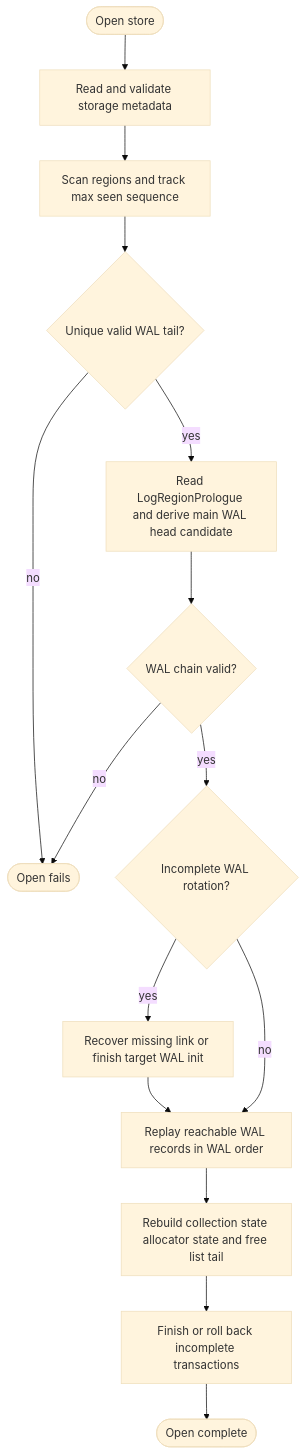
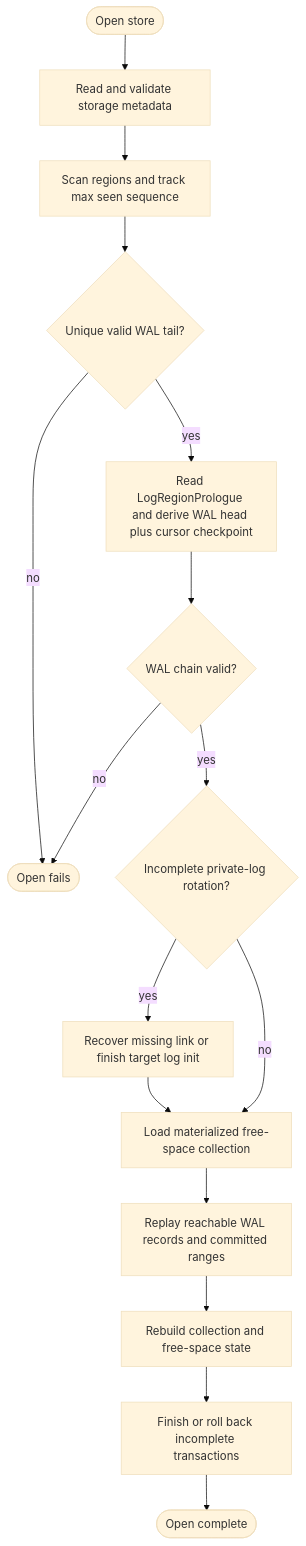
The diagram in spec/ring/06-startup-replay.md (moore/borromean), drawn with Mermaid (base theme) before and after one commit. The commit also changed other lines of this file and 10 other files, not shown here.

Commit message:
update free region tracking

````diff
--- a/spec/ring/06-startup-replay.md
+++ b/spec/ring/06-startup-replay.md
@@ -400,26 +380,27 @@
 ```mermaid
 %%{init: {"flowchart": {"wrappingWidth": 180}} }%%
 flowchart TD
     OpenStore([Open store])
     ReadMeta["`Read and validate storage metadata`"]
     ScanRegions["`Scan regions and track max seen sequence`"]
     TailOk{"`Unique valid WAL tail?`"}
     Fail([Open fails])
-    ReadHead["`Read LogRegionPrologue and derive main WAL head candidate`"]
+    ReadHead["`Read LogRegionPrologue and derive WAL head plus cursor checkpoint`"]
     ChainOk{"`WAL chain valid?`"}
-    Rotate{"`Incomplete WAL rotation?`"}
-    RecoverRotate["`Recover missing link or finish target WAL init`"]
-    Replay["`Replay reachable WAL records in WAL order`"]
-    Rebuild["`Rebuild collection state allocator state and free list tail`"]
+    Rotate{"`Incomplete private-log rotation?`"}
+    RecoverRotate["`Recover missing link or finish target log init`"]
+    ReadFree["`Load materialized free-space collection`"]
+    Replay["`Replay reachable WAL records and committed ranges`"]
+    Rebuild["`Rebuild collection and free-space state`"]
     FinishTransactions["`Finish or roll back incomplete transactions`"]
     OpenReady([Open complete])
 
     OpenStore --> ReadMeta --> ScanRegions --> TailOk
     TailOk -->|no| Fail
     TailOk -->|yes| ReadHead --> ChainOk
     ChainOk -->|no| Fail
     ChainOk -->|yes| Rotate
-    Rotate -->|yes| RecoverRotate --> Replay
-    Rotate -->|no| Replay
-    Replay --> Rebuild --> FinishTransactions --> OpenReady
+    Rotate -->|yes| RecoverRotate --> ReadFree
+    Rotate -->|no| ReadFree
+    ReadFree --> Replay --> Rebuild --> FinishTransactions --> OpenReady
 ```
````
